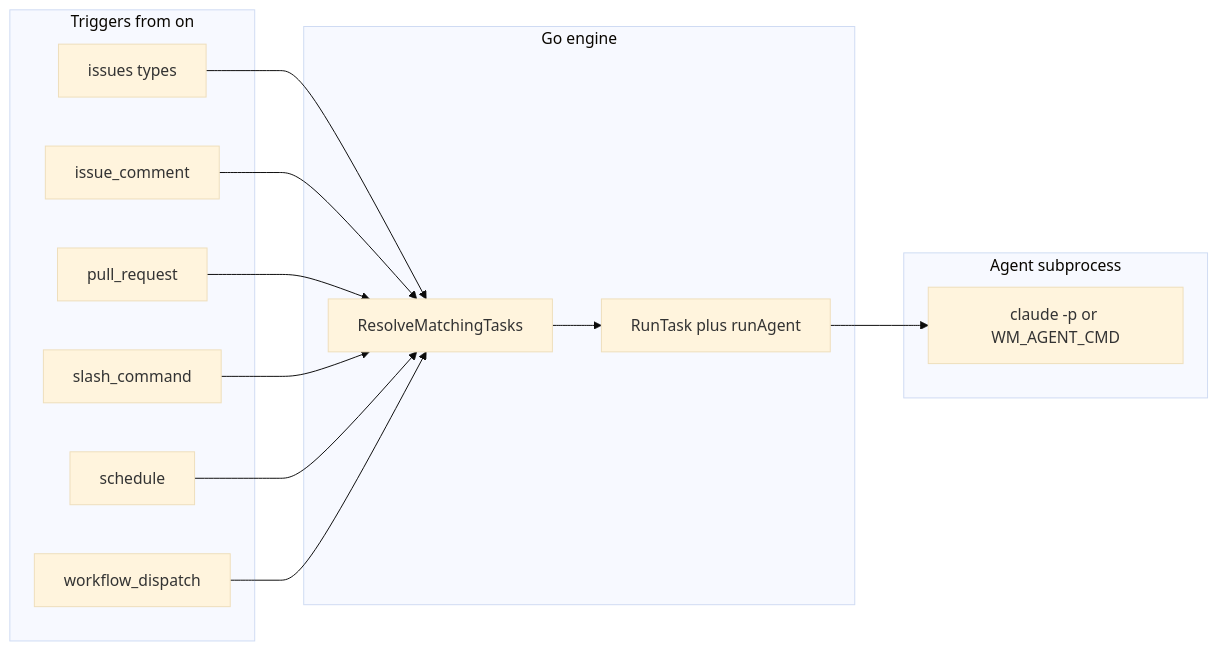
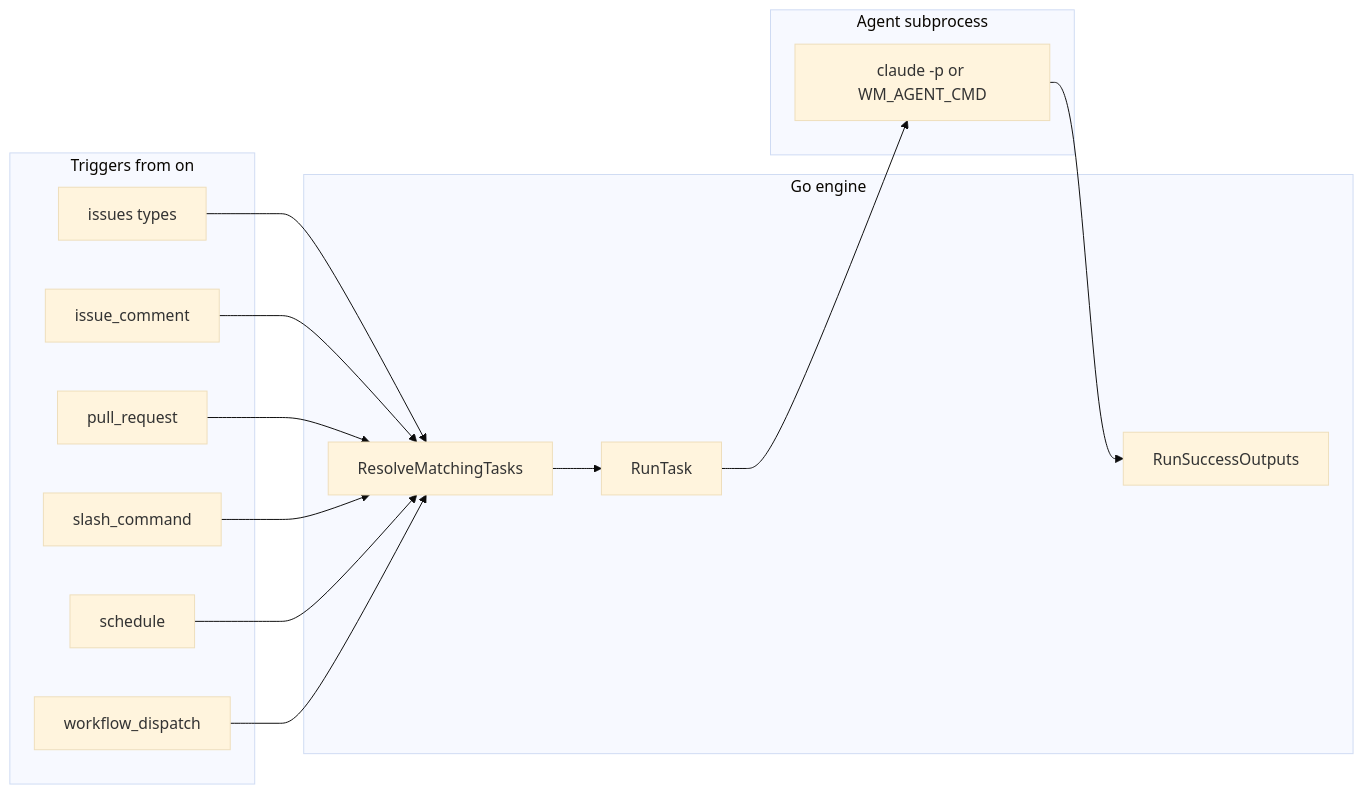
Before and after one commit to an-lee/gh-wm: the first of 2 diagrams in docs/architecture.md, drawn with Mermaid (base theme). The commit also changed other lines of this file and 22 other files, not shown here.

````diff
--- a/docs/architecture.md
+++ b/docs/architecture.md
@@ -14,29 +14,31 @@
 ```mermaid
 flowchart LR
   subgraph triggers [Triggers from on]
     Issues[issues types]
     IC[issue_comment]
     PR[pull_request]
     Slash[slash_command]
     Sched[schedule]
     WD[workflow_dispatch]
   end
 
   subgraph engine [Go engine]
     Resolve[ResolveMatchingTasks]
-    Run[RunTask plus runAgent]
+    Run[RunTask]
+    Out[RunSuccessOutputs]
   end
 
   subgraph agent [Agent subprocess]
     Claude[claude -p or WM_AGENT_CMD]
   end
 
   Issues --> Resolve
   IC --> Resolve
   PR --> Resolve
   Slash --> Resolve
   Sched --> Resolve
   WD --> Resolve
   Resolve --> Run
   Run --> Claude
+  Claude --> Out
 ```
````
